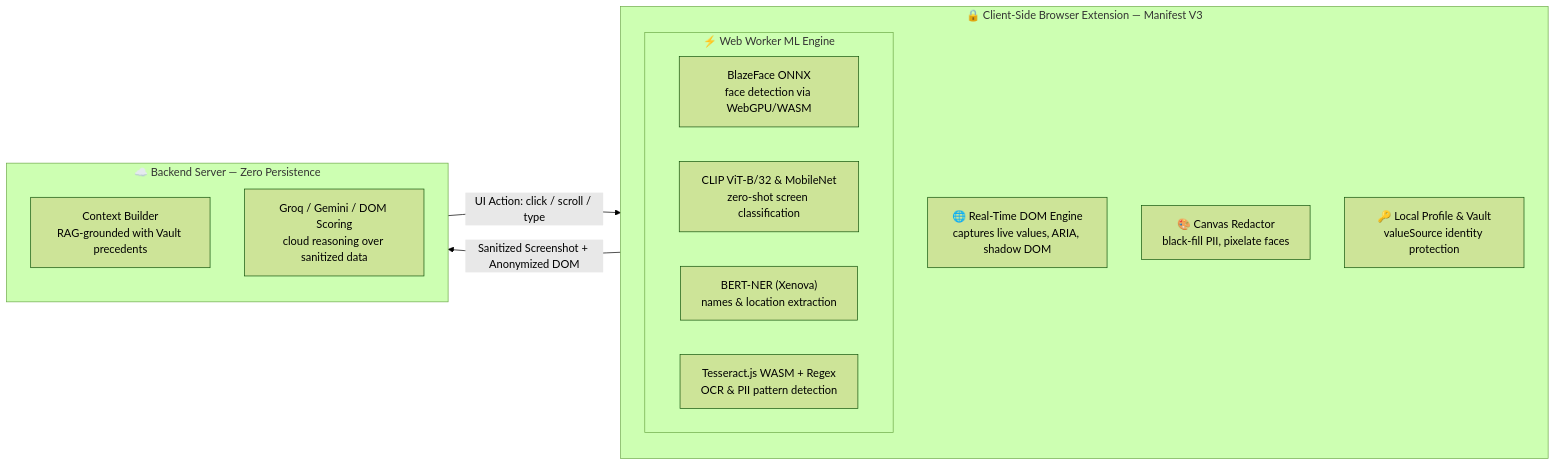
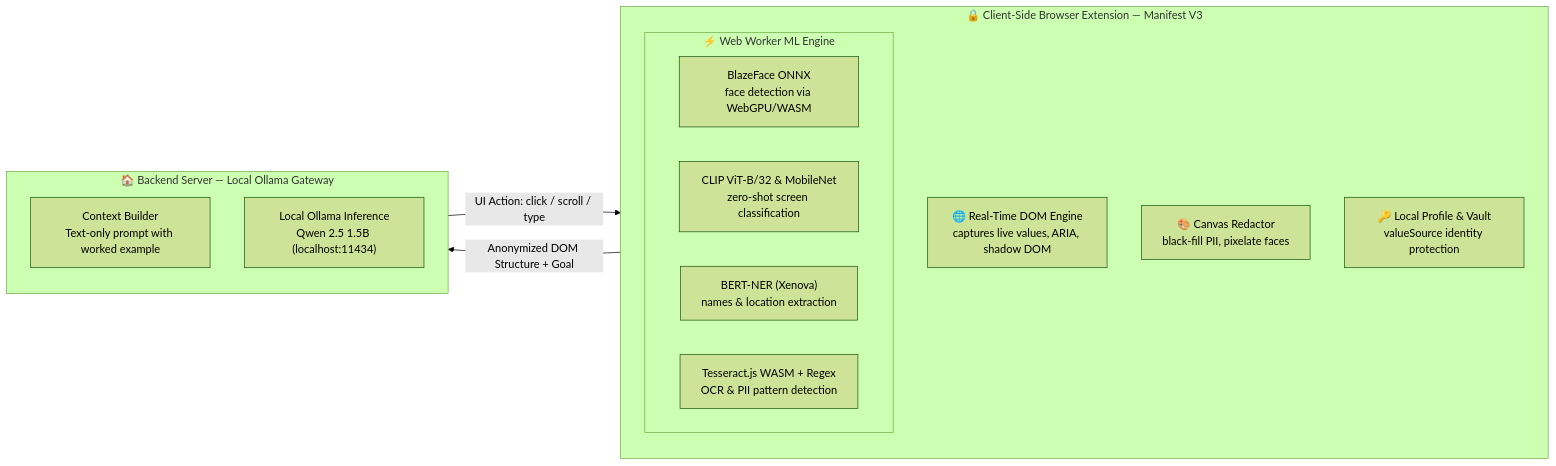
One commit to annujjguptaa-cpu/Betaal changed the third of 4 diagrams in README.md. Above: the diagram before and after it, drawn with Mermaid (forest theme). The commit also changed other lines of this file and 1 other file, not shown here.

Commit message:
docs: update README.md and system docs for 100% local Ollama Qwen 2.5 reasoning architecture

````diff
--- a/README.md
+++ b/README.md
@@ -119,26 +116,26 @@
 ```mermaid
 flowchart LR
     subgraph Client["🔒 Client-Side Browser Extension — Manifest V3"]
         direction TB
         DOM["🌐 Real-Time DOM Engine<br/>captures live values, ARIA, shadow DOM"]
         
         subgraph ML["⚡ Web Worker ML Engine"]
             BlazeFace["BlazeFace ONNX<br/>face detection via WebGPU/WASM"]
             ViT["CLIP ViT-B/32 & MobileNet<br/>zero-shot screen classification"]
             NER["BERT-NER (Xenova)<br/>names & location extraction"]
             OCR["Tesseract.js WASM + Regex<br/>OCR & PII pattern detection"]
         end
         
         Redact["🎨 Canvas Redactor<br/>black-fill PII, pixelate faces"]
         Store["🔑 Local Profile & Vault<br/>valueSource identity protection"]
     end
 
-    subgraph Server["☁️ Backend Server — Zero Persistence"]
+    subgraph Server["🏠 Backend Server — Local Ollama Gateway"]
         direction TB
-        ContextEngine["Context Builder<br/>RAG-grounded with Vault precedents"]
-        VLM["Groq / Gemini / DOM Scoring<br/>cloud reasoning over sanitized data"]
+        ContextEngine["Context Builder<br/>Text-only prompt with worked example"]
+        VLM["Local Ollama Inference<br/>Qwen 2.5 1.5B (localhost:11434)"]
     end
 
-    Client -- "Sanitized Screenshot + Anonymized DOM" --> Server
+    Client -- "Anonymized DOM Structure + Goal" --> Server
     Server -- "UI Action: click / scroll / type" --> Client
 ```
````
